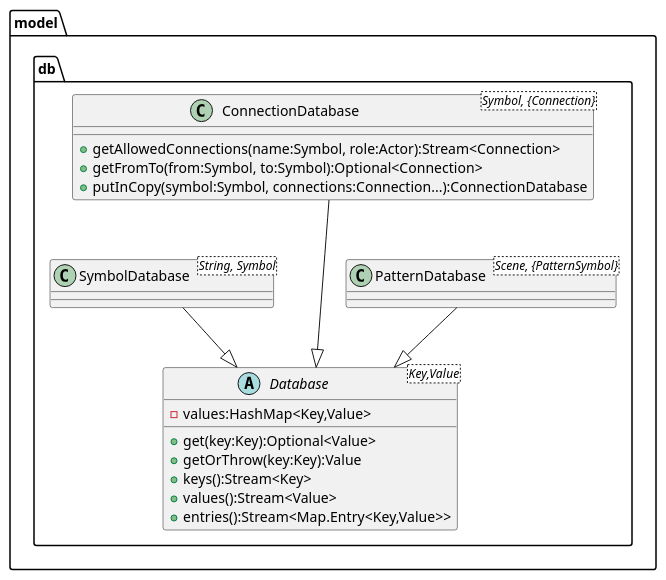
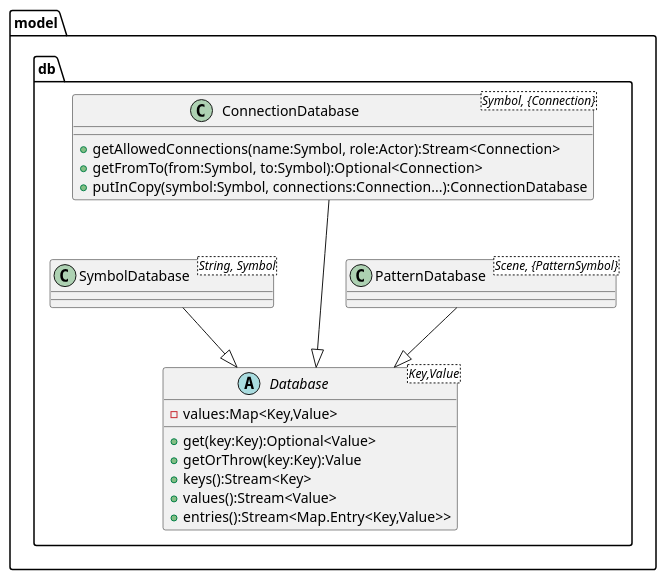
One commit to jappeace/methods-homework changed diagram 11 of 13 in thesis/thesis.org. Above: the diagram before and after it, drawn with PlantUML. The commit also changed other lines of this file, not shown here.

Commit message:
footnote and Map instead of hashmap

```diff
--- a/thesis/thesis.org
+++ b/thesis/thesis.org
@@ -2672,23 +2673,23 @@
 #+BEGIN_SRC plantuml :cache yes :file img/uml/dbclass.png :exports results
   package model.db{
     abstract class Database<Key,Value>{
-      -values:HashMap<Key,Value>
+      -values:Map<Key,Value>
       +get(key:Key):Optional<Value>
       +getOrThrow(key:Key):Value
       +keys():Stream<Key>
       +values():Stream<Value>
       +entries():Stream<Map.Entry<Key,Value>>
     }
     class ConnectionDatabase<Symbol, {Connection}>{
       +getAllowedConnections(name:Symbol, role:Actor):Stream<Connection>
       +getFromTo(from:Symbol, to:Symbol):Optional<Connection>
       +putInCopy(symbol:Symbol, connections:Connection...):ConnectionDatabase
     }
     class PatternDatabase<Scene, {PatternSymbol}>
     class SymbolDatabase<String, Symbol>
     ConnectionDatabase --|> Database 
     PatternDatabase --|> Database 
     SymbolDatabase --|> Database 
     ConnectionDatabase -[hidden]-> PatternDatabase
   }
 #+END_SRC
```
